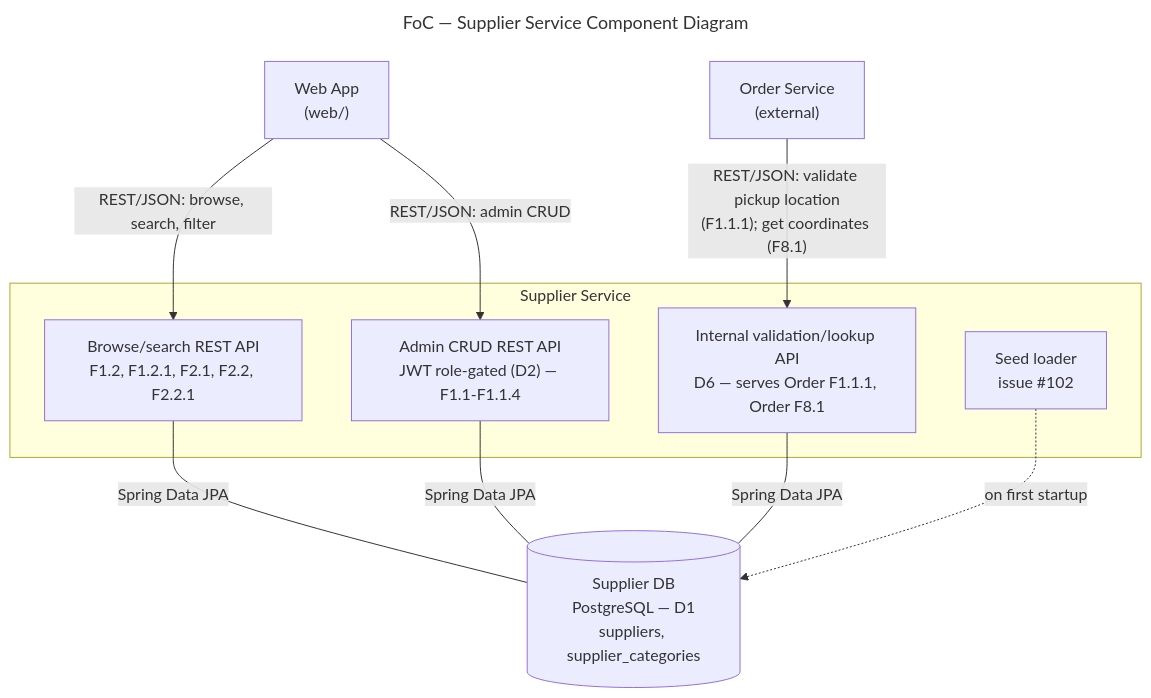
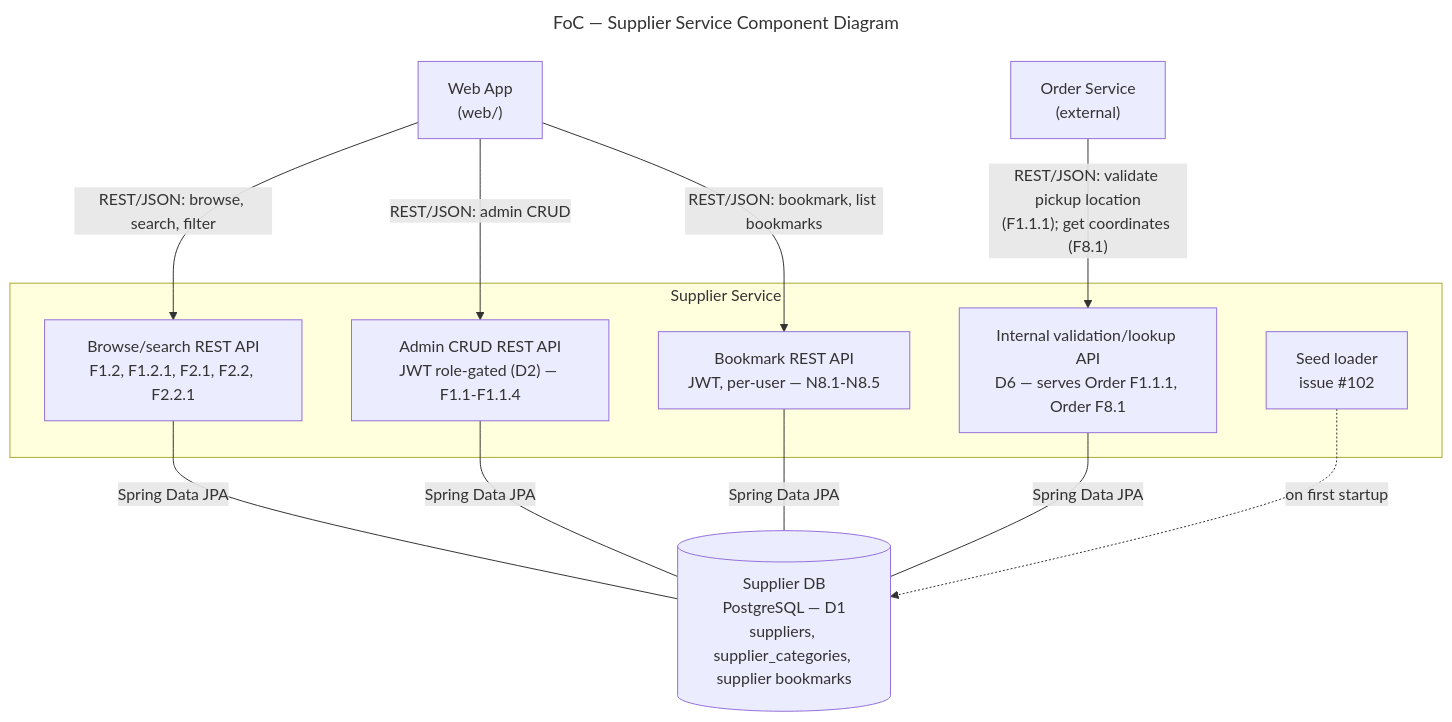
Before and after one commit to AY2627S1-CS3219-P23/foc: the diagram in docs/supplier-service.mmd, drawn with Mermaid. The commit also changed 4 other files, not shown here.

Commit message:
docs: add documentation for N8 supplier bookmarks N2H

```diff
--- a/docs/supplier-service.mmd
+++ b/docs/supplier-service.mmd
@@ -1,32 +1,37 @@
 ---
 title: "FoC — Supplier Service Component Diagram"
 ---
 %% AI-assisted (CS3219 AI Usage Policy disclosure):
 %% Tool: Claude, 2026-09-21; revised 2026-09-27 (Claude Code, Sonnet 5).
 %% Scope: Companion diagram to supplier-service.md, drafted from the
 %% team's finalized D1 backlog. Same status as the doc: proposals
 %% pending owner/team review (see supplier-service.md, D1-D8).
 %% 2026-09-27: dropped "zones" from the Supplier DB label — team
 %% decision to drop the zone feature (see supplier-service.md, D4).
+%% 2026-10-19 (Claude Code, Sonnet 5.5): bookmark API and table added
+%% for N8 (see supplier-service.md, D9-D12). Transcription only.
 %% Reviewed by: XXX
 flowchart TB
     WEB["Web App<br/>(web/)"]
     ORDER_SVC["Order Service<br/>(external)"]
 
     subgraph SUP["Supplier Service"]
         API["Browse/search REST API<br/>F1.2, F1.2.1, F2.1, F2.2, F2.2.1"]
         ADMIN_API["Admin CRUD REST API<br/>JWT role-gated (D2) — F1.1-F1.1.4"]
         VALID_API["Internal validation/lookup API<br/>D6 — serves Order F1.1.1, Order F8.1"]
+        BOOKMARK_API["Bookmark REST API<br/>JWT, per-user — N8.1-N8.5"]
         SEED["Seed loader<br/>issue #102"]
     end
 
-    SUP_DB[("Supplier DB<br/>PostgreSQL — D1<br/>suppliers, supplier_categories")]
+    SUP_DB[("Supplier DB<br/>PostgreSQL — D1<br/>suppliers, supplier_categories, supplier bookmarks")]
 
     WEB -->|"REST/JSON: browse, search, filter"| API
     WEB -->|"REST/JSON: admin CRUD"| ADMIN_API
+    WEB -->|"REST/JSON: bookmark, list bookmarks"| BOOKMARK_API
     ORDER_SVC -->|"REST/JSON: validate pickup location<br/>(F1.1.1); get coordinates (F8.1)"| VALID_API
 
     API ---|"Spring Data JPA"| SUP_DB
     ADMIN_API ---|"Spring Data JPA"| SUP_DB
     VALID_API ---|"Spring Data JPA"| SUP_DB
+    BOOKMARK_API ---|"Spring Data JPA"| SUP_DB
     SEED -.->|"on first startup"| SUP_DB
```
